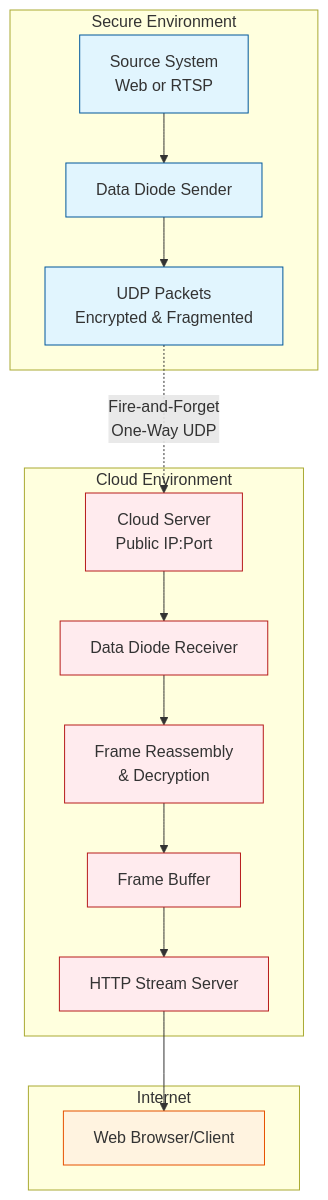
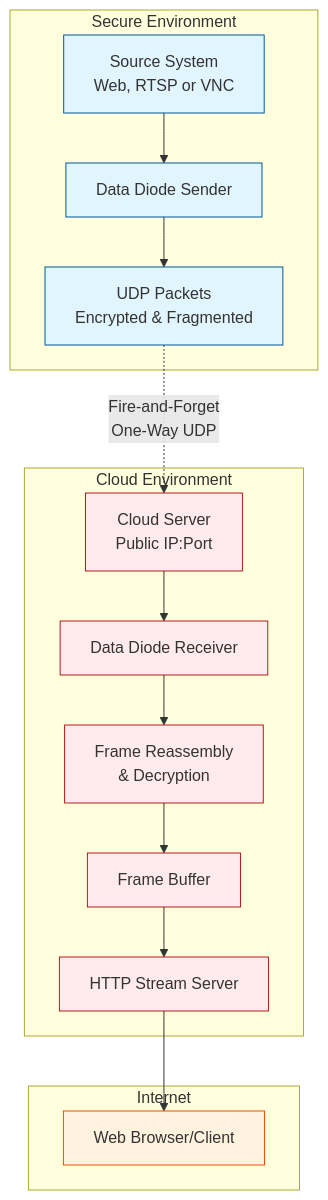
One commit to bmtwl/SoftDataDiode changed the diagram in README.md. Above: the diagram before and after it, drawn with Mermaid. The commit also changed other lines of this file, not shown here.

````diff
--- a/README.md
+++ b/README.md
@@ -17,30 +17,30 @@
 ```mermaid
 graph TD
     subgraph "Secure Environment"
-        SOURCE[Source System<BR>Web or RTSP] --> SENDER[Data Diode Sender]
+        SOURCE[Source System<BR>Web, RTSP or VNC] --> SENDER[Data Diode Sender]
         SENDER --> SENDERPROCESSING[UDP Packets<br/>Encrypted & Fragmented]
     end
     
     SENDERPROCESSING -.->|Fire-and-Forget<br/>One-Way UDP| CLOUDIP[Cloud Server<br/>Public IP:Port]
     
     subgraph "Cloud Environment"
         CLOUDIP --> RECEIVER[Data Diode Receiver]
         RECEIVER --> RECEIVERPROCESSING[Frame Reassembly<br/>& Decryption]
         RECEIVERPROCESSING --> BUFFER[Frame Buffer]
         BUFFER --> HTTPSERVER[HTTP Stream Server]
     end
 
     subgraph "Internet"
         HTTPSERVER --> INTERNETCLIENT[Web Browser/Client]
     end
 
     
     
     classDef secure fill:#e1f5fe,stroke:#01579b;
     classDef cloud fill:#ffebee,stroke:#b71c1c;
     classDef client fill:#fff3e0,stroke:#e65100;
     
     class SOURCE,SENDER,SENDERPROCESSING secure
     class CLOUDIP,RECEIVER,RECEIVERPROCESSING,BUFFER,HTTPSERVER cloud
     class INTERNETCLIENT client
 ```
````
